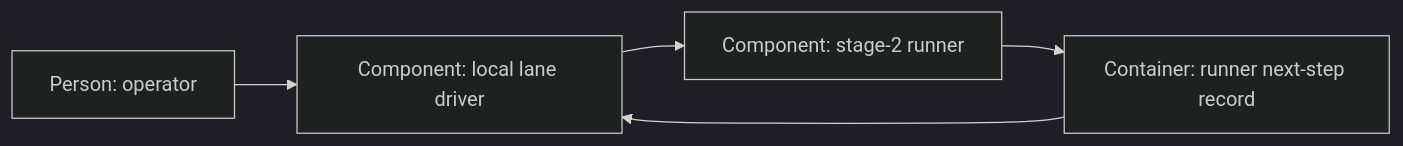
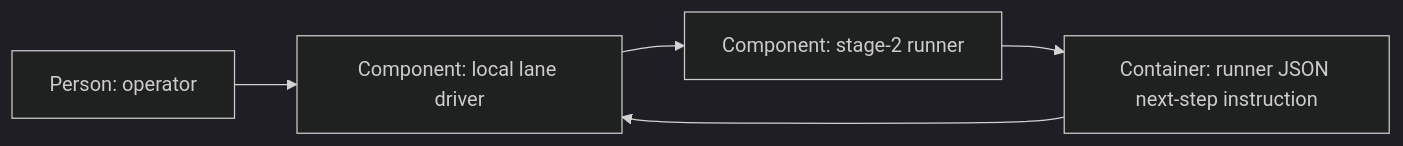
The diagram in plans/changes/advance-verb/design.md (bicycle-brakes/monotrope), drawn with Mermaid (dark theme) before and after one commit. The commit also changed other lines of this file and 4 other files, not shown here.

````diff
--- a/plans/changes/advance-verb/design.md
+++ b/plans/changes/advance-verb/design.md
@@ -68,7 +68,7 @@
 ```mermaid
 flowchart LR
     operator["Person: operator"] --> driver["Component: local lane driver"]
     driver --> runner["Component: stage-2 runner"]
-    runner --> record["Container: runner next-step record"]
+    runner --> record["Container: runner JSON next-step instruction"]
     record --> driver
 ```
````
